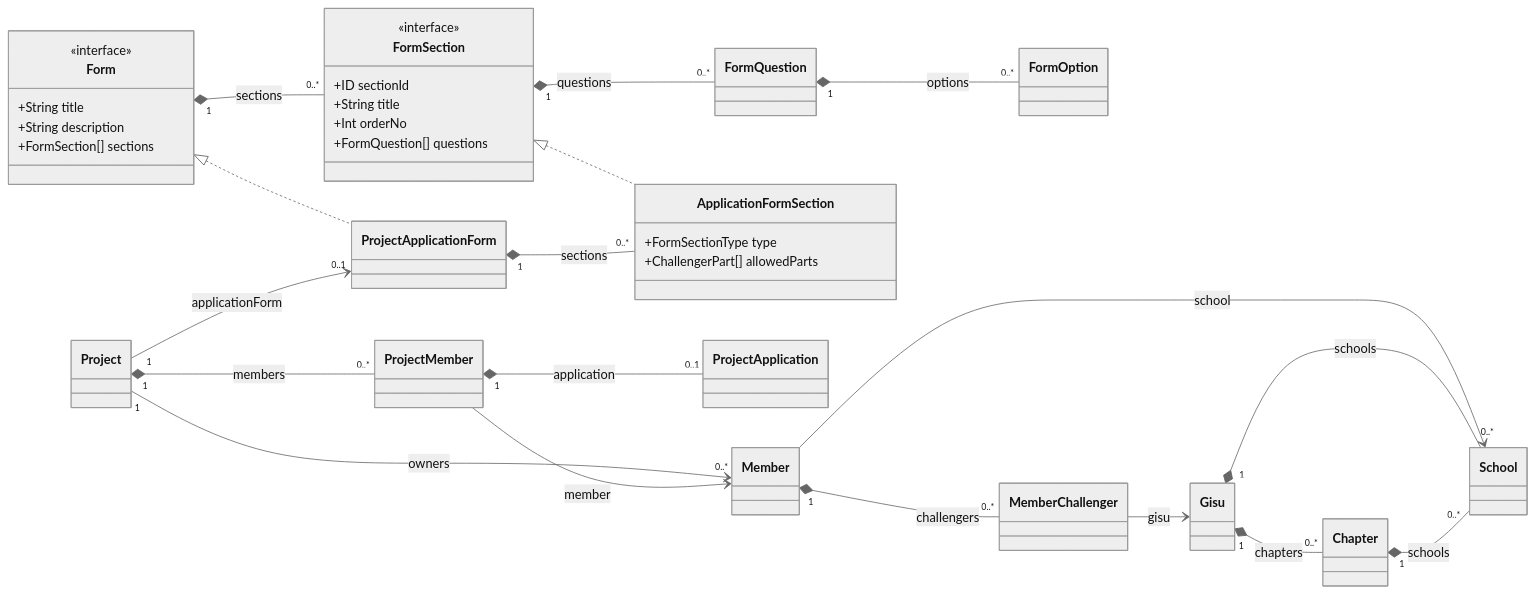
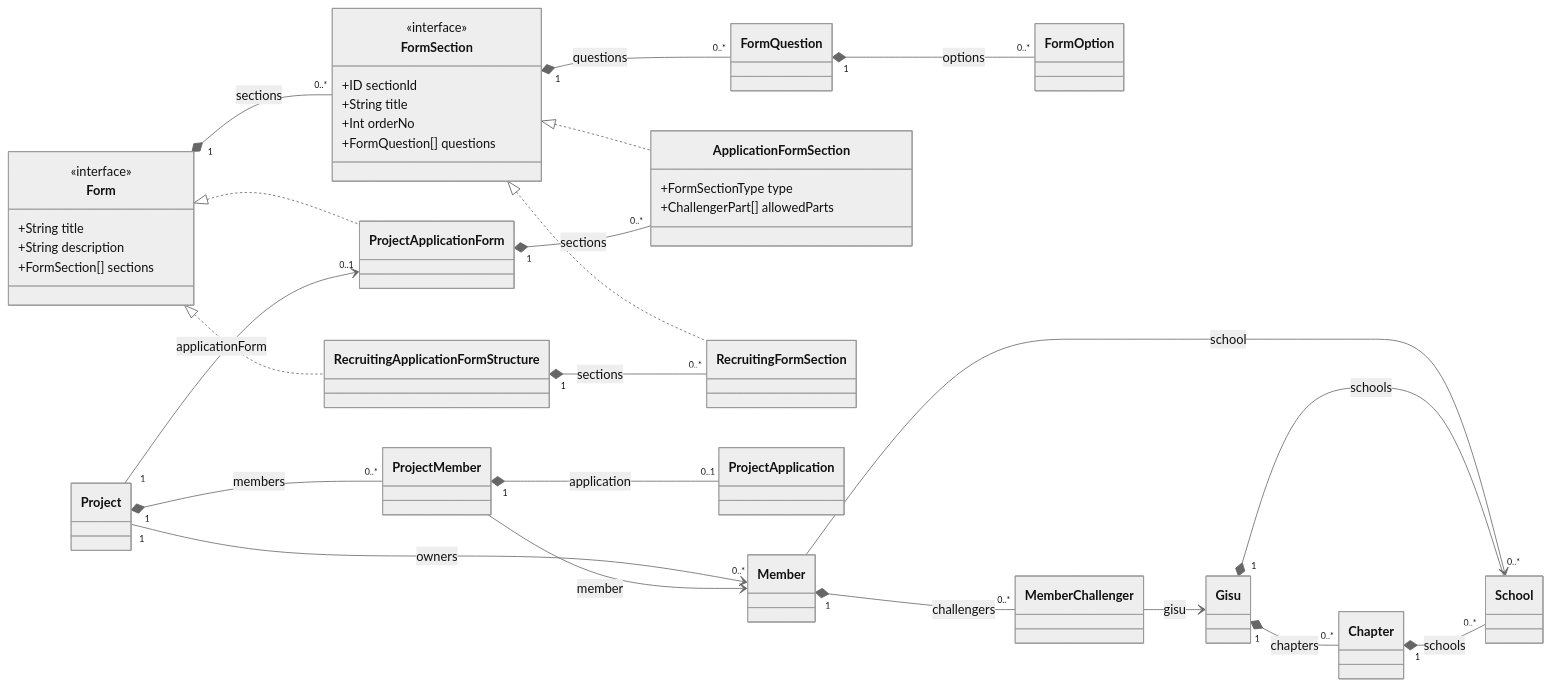
Before and after one commit to UMC-PRODUCT/cygnus-server: the second of 3 diagrams in docs/onboarding/graphql/schema-relationships.md, drawn with Mermaid (neutral theme). The commit also changed other lines of this file and 12 other files, not shown here.

Commit message:
refactor: 리크루팅 schema를 공통 IDL 계약에 통합

````diff
--- a/docs/onboarding/graphql/schema-relationships.md
+++ b/docs/onboarding/graphql/schema-relationships.md
@@ -38,54 +43,59 @@
 ```mermaid
 classDiagram
   direction LR
 
   class Form {
     <<interface>>
     +String title
     +String description
     +FormSection[] sections
   }
   class FormSection {
     <<interface>>
     +ID sectionId
     +String title
     +Int orderNo
     +FormQuestion[] questions
   }
   class FormQuestion
   class FormOption
   class ProjectApplicationForm
   class ApplicationFormSection {
     +FormSectionType type
     +ChallengerPart[] allowedParts
   }
+  class RecruitingApplicationFormStructure
+  class RecruitingFormSection
 
   class Project
   class ProjectMember
   class ProjectApplication
   class Member
   class MemberChallenger
   class Gisu
   class Chapter
   class School
 
   Form <|.. ProjectApplicationForm
   FormSection <|.. ApplicationFormSection
+  Form <|.. RecruitingApplicationFormStructure
+  FormSection <|.. RecruitingFormSection
   Form "1" *-- "0..*" FormSection : sections
   FormSection "1" *-- "0..*" FormQuestion : questions
   FormQuestion "1" *-- "0..*" FormOption : options
 
   Project "1" --> "0..1" ProjectApplicationForm : applicationForm
   ProjectApplicationForm "1" *-- "0..*" ApplicationFormSection : sections
+  RecruitingApplicationFormStructure "1" *-- "0..*" RecruitingFormSection : sections
   Project "1" --> "0..*" Member : owners
   Project "1" *-- "0..*" ProjectMember : members
   ProjectMember --> Member : member
   ProjectMember "1" *-- "0..1" ProjectApplication : application
 
   Member "1" *-- "0..*" MemberChallenger : challengers
   Member --> School : school
   MemberChallenger --> Gisu : gisu
   Gisu "1" *-- "0..*" Chapter : chapters
   Gisu "1" *-- "0..*" School : schools
   Chapter "1" *-- "0..*" School : schools
 ```
````
